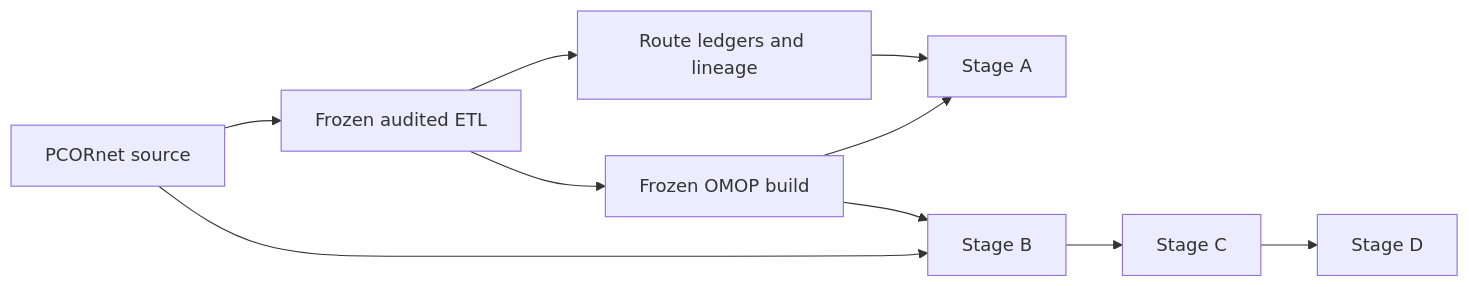
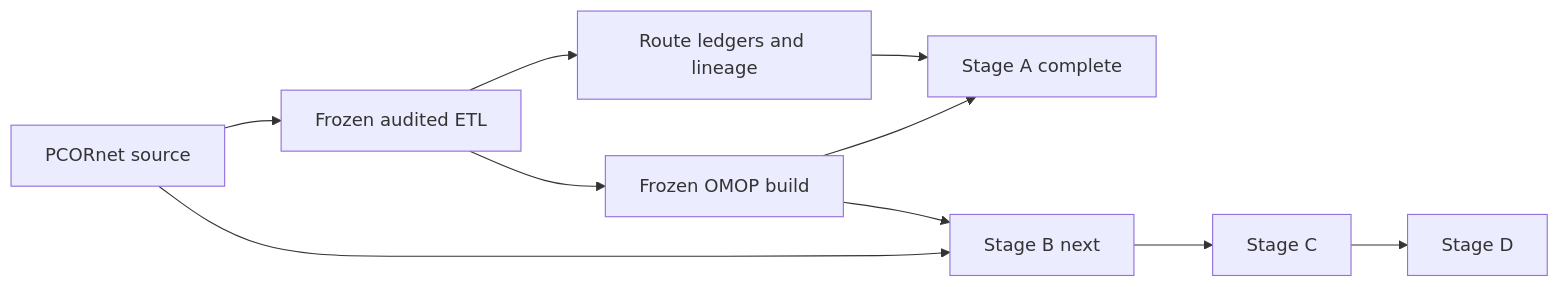
One commit to vafaei-ar/pcornet-omop-validation changed the first of 2 diagrams in docs/current_status_and_publication_plan.md. Above: the diagram before and after it, drawn with Mermaid. The commit also changed other lines of this file, not shown here.

Commit message:
Mark Stage A complete and advance publication plan to Stage B

````diff
--- a/docs/current_status_and_publication_plan.md
+++ b/docs/current_status_and_publication_plan.md
@@ -17,12 +17,12 @@
 ```mermaid
 flowchart LR
     A[PCORnet source] --> B[Frozen audited ETL]
     B --> C[Frozen OMOP build]
     B --> D[Route ledgers and lineage]
-    C --> E[Stage A]
+    C --> E[Stage A complete]
     D --> E
-    A --> F[Stage B]
+    A --> F[Stage B next]
     C --> F
     F --> G[Stage C]
     G --> H[Stage D]
 ```
````
